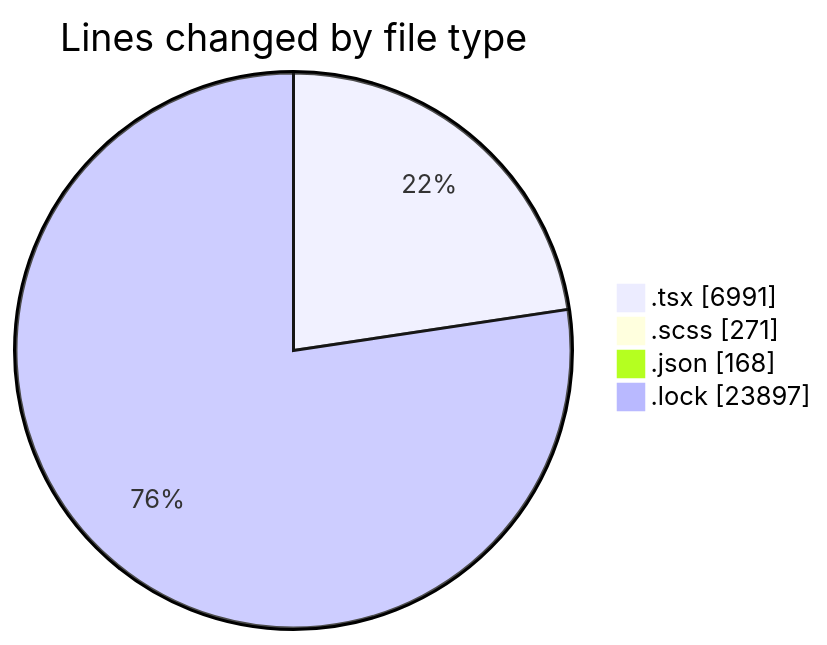
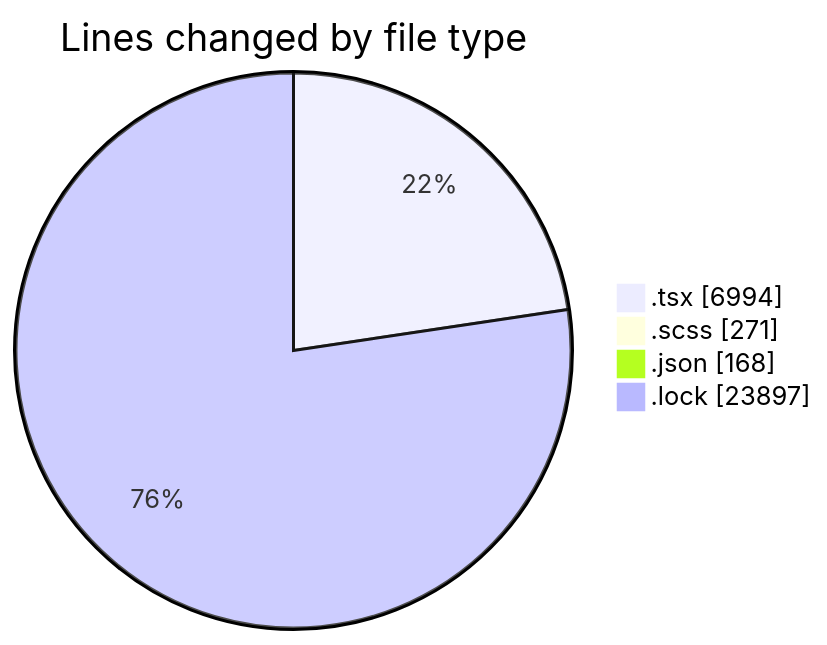
The first of 2 diagrams in 2025-11-18/cda/README.md (momahboobian/code-tracking), drawn with Mermaid before and after one commit. The commit also changed other lines of this file and 1 other file, not shown here.

````diff
--- a/2025-11-18/cda/README.md
+++ b/2025-11-18/cda/README.md
@@ -34,8 +34,8 @@
 ```mermaid
 pie showData
 title Lines changed by file type
-".tsx" : 6991
+".tsx" : 6994
 ".scss" : 271
 ".json" : 168
 ".lock" : 23897
 ```
````
